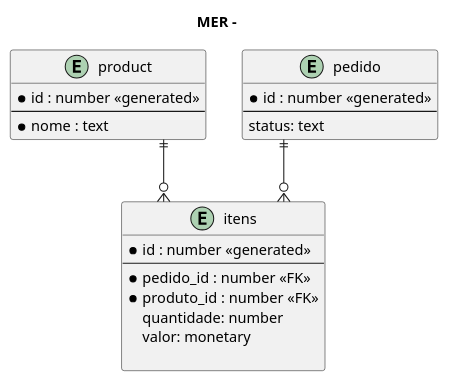
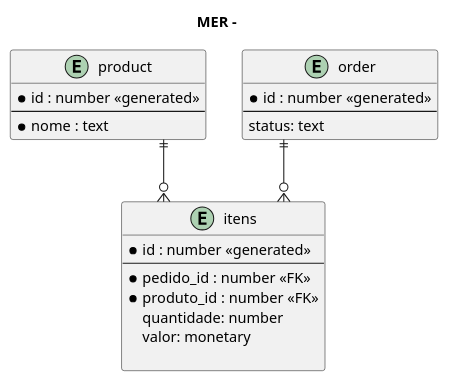
Before and after one commit to Lx025/study-apir: the diagram in docs/mer.puml, drawn with PlantUML. The commit also changed 1 other file, not shown here.

Commit message:
Ajuste da UML

```diff
--- a/docs/mer.puml
+++ b/docs/mer.puml
@@ -1,32 +1,32 @@
 @startuml diagram
 
 title MER - 
 
 skinparam linetype ortho
 
 entity "product" as product {
   *id : number <<generated>>
   --
   *nome : text
 }
 
-entity "pedido" as pedido {
+entity "order" as pedido {
   *id : number <<generated>>
   --
   status: text
 }
 
 entity "itens" as itens {
   *id : number <<generated>>
   --
   *pedido_id : number <<FK>>
   *produto_id : number <<FK>>
   quantidade: number
   valor: monetary
  
 }
 
 product ||--o{ itens
 pedido ||--o{ itens
 
 @enduml
```
